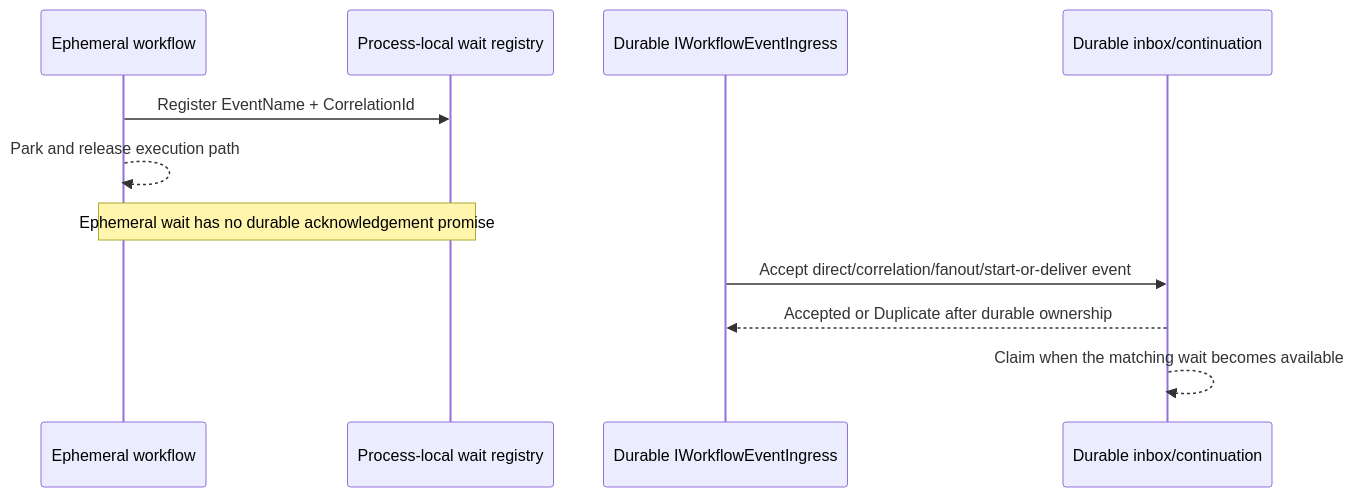
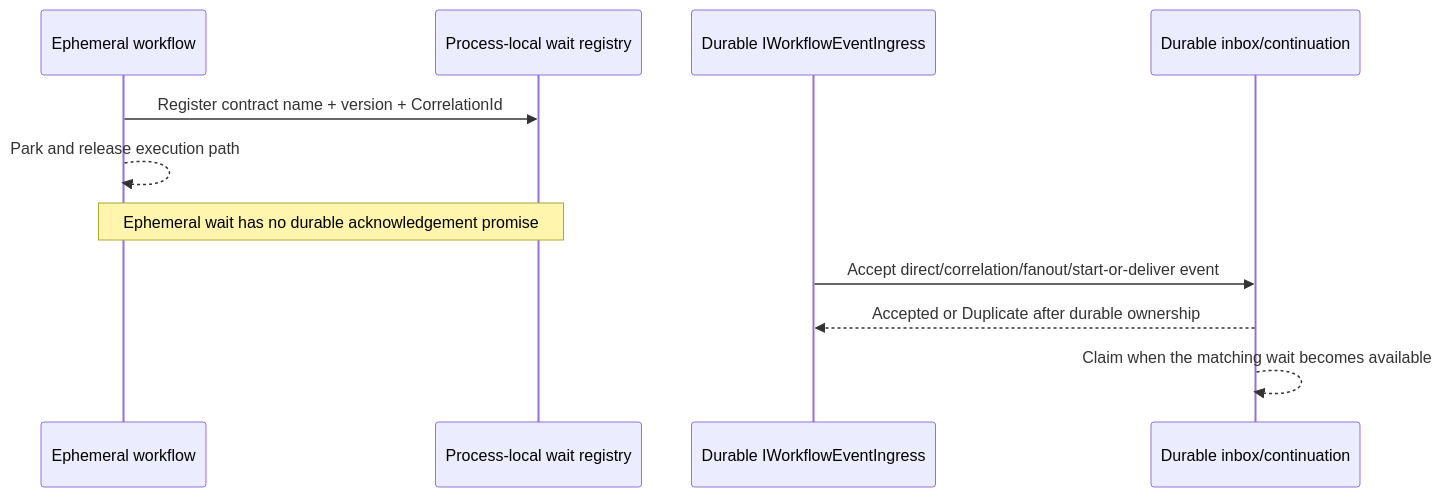
Before and after one commit to dekrevedko/Workflow-orca: the fifth of 6 diagrams in docs/ephemeral-engine-diagrams.md, drawn with Mermaid. The commit also changed 8 other files, not shown here.

Commit message:
Align event wait keys with canonical contract name and version

````diff
--- a/docs/ephemeral-engine-diagrams.md
+++ b/docs/ephemeral-engine-diagrams.md
@@ -85,13 +85,13 @@
 ```mermaid
 sequenceDiagram
     participant E as Ephemeral workflow
     participant W as Process-local wait registry
     participant I as Durable IWorkflowEventIngress
     participant D as Durable inbox/continuation
-    E->>W: Register EventName + CorrelationId
+    E->>W: Register contract name + version + CorrelationId
     E-->>E: Park and release execution path
     Note over E,W: Ephemeral wait has no durable acknowledgement promise
     I->>D: Accept direct/correlation/fanout/start-or-deliver event
     D-->>I: Accepted or Duplicate after durable ownership
     D-->>D: Claim when the matching wait becomes available
 ```
````
